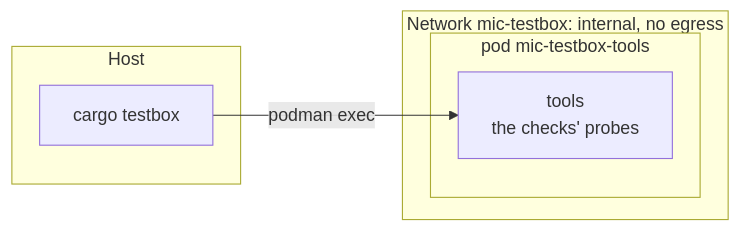
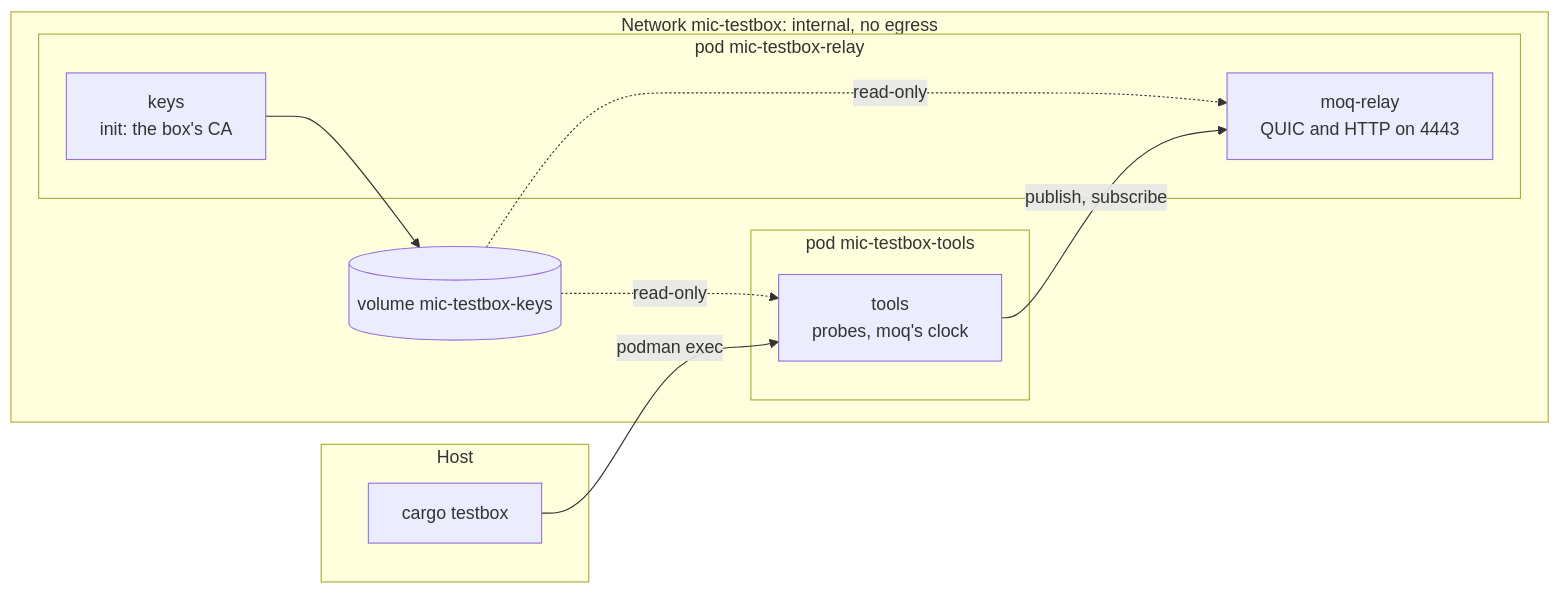
The diagram in testbox/README.md (barafael/mic), drawn with Mermaid before and after one commit. The commit also changed other lines of this file and 13 other files, not shown here.

First line of the commit message:
testbox: moq-relay at a pin, with the box's own CA

````diff
--- a/testbox/README.md
+++ b/testbox/README.md
@@ -12,12 +12,21 @@
 ```mermaid
 flowchart LR
     subgraph host["Host"]
         xtask["cargo testbox"]
     end
     subgraph net["Network mic-testbox: internal, no egress"]
+        subgraph prelay["pod mic-testbox-relay"]
+            keys["keys<br/>init: the box's CA"]
+            relay["moq-relay<br/>QUIC and HTTP on 4443"]
+        end
         subgraph ptools["pod mic-testbox-tools"]
-            tools["tools<br/>the checks' probes"]
+            tools["tools<br/>probes, moq's clock"]
         end
+        ca[("volume mic-testbox-keys")]
     end
     xtask -- "podman exec" --> tools
+    keys --> ca
+    ca -. "read-only" .-> relay
+    ca -. "read-only" .-> tools
+    tools -- "publish, subscribe" --> relay
 ```
````
